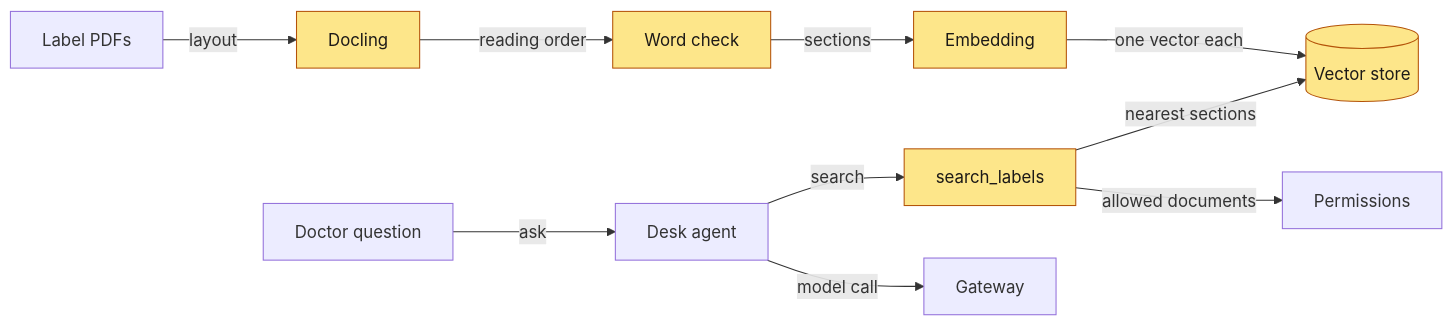
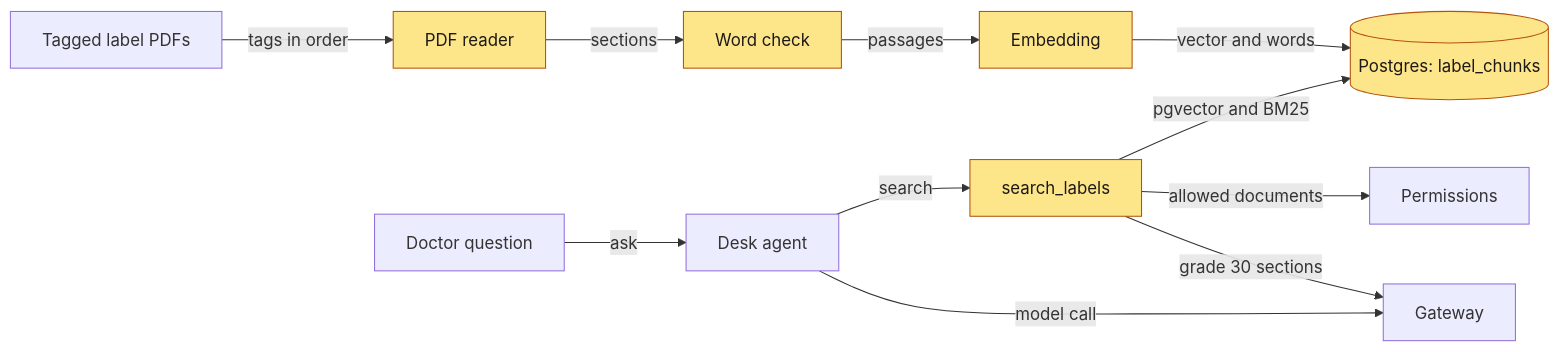
The second of 2 diagrams in docs/learner/20-rag.md (learnwithparam/agentic-ai-buildcamp), drawn with Mermaid before and after one commit. The commit also changed other lines of this file and 89 other files, not shown here.

First line of the commit message:
Rebuild search: tagged-PDF reader, hybrid BM25 and vectors, graded rerank

````diff
--- a/docs/learner/20-rag.md
+++ b/docs/learner/20-rag.md
@@ -78,14 +87,15 @@
 ```mermaid
 flowchart LR
-    pdf["Label PDFs"] -->|"layout"| dl["Docling"]
-    dl -->|"reading order"| chk["Word check"]
-    chk -->|"sections"| emb["Embedding"]
-    emb -->|"one vector each"| db[("Vector store")]
+    pdf["Tagged label PDFs"] -->|"tags in order"| rd["PDF reader"]
+    rd -->|"sections"| chk["Word check"]
+    chk -->|"passages"| emb["Embedding"]
+    emb -->|"vector and words"| db[("Postgres: label_chunks")]
     doc["Doctor question"] -->|"ask"| ag["Desk agent"]
     ag -->|"search"| se["search_labels"]
     se -->|"allowed documents"| fga["Permissions"]
-    se -->|"nearest sections"| db
-    ag -->|"model call"| gw["Gateway"]
+    se -->|"pgvector and BM25"| db
+    se -->|"grade 30 sections"| gw["Gateway"]
+    ag -->|"model call"| gw
     classDef new fill:#fde68a,stroke:#b45309,color:#1c1917
-    class dl,chk,emb,db,se new
+    class rd,chk,emb,db,se new
 ```
````
